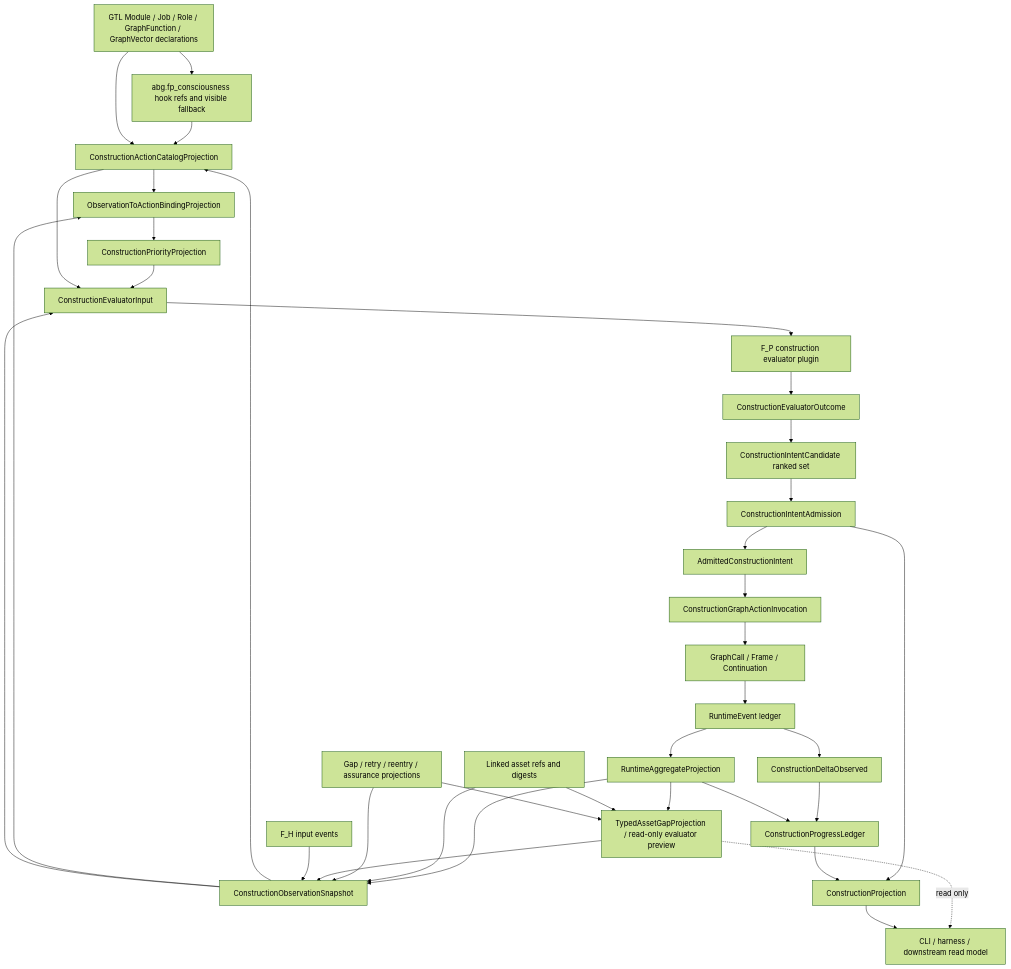
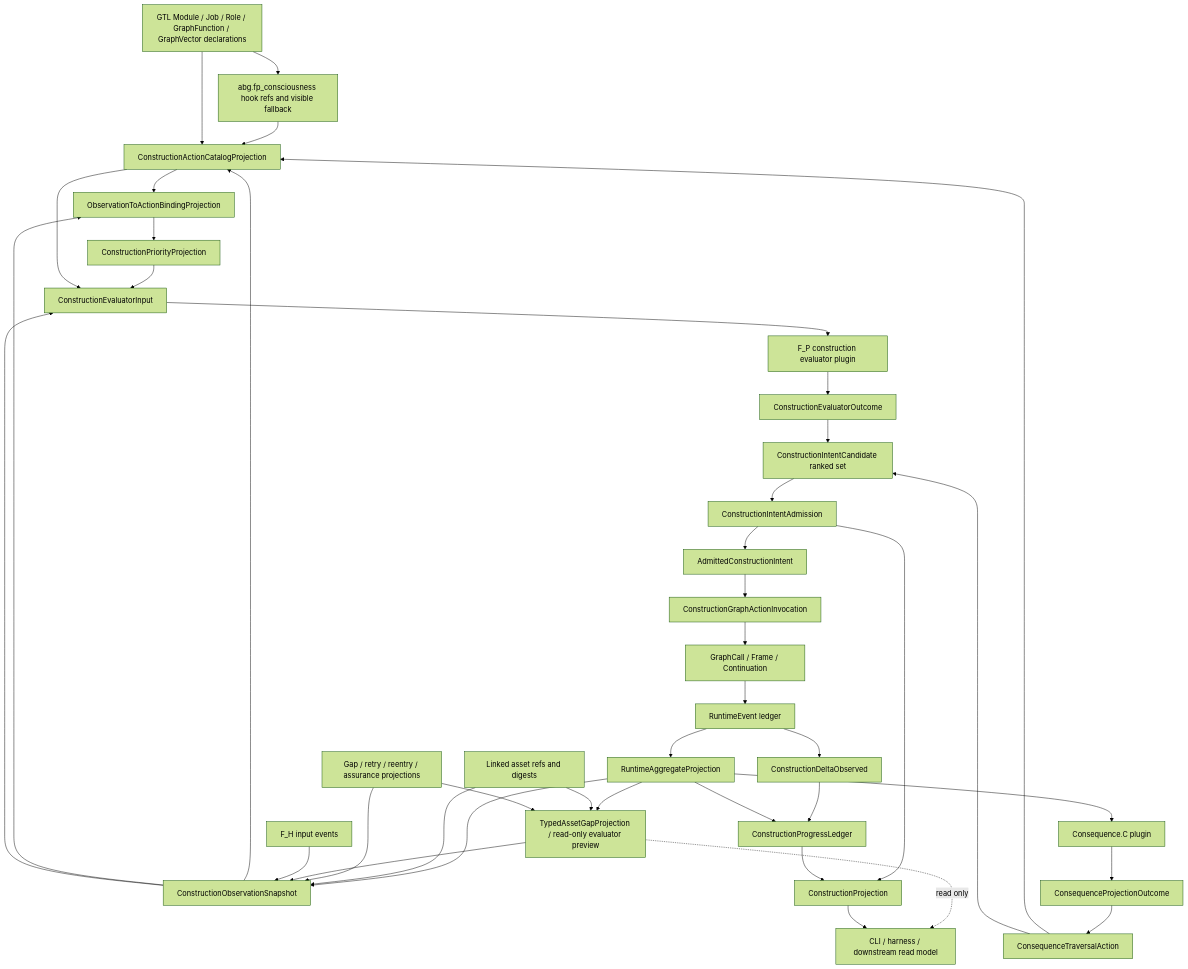
The second of 4 diagrams in build_tenants/abiogenesis/typescript/design/M03_FP_CONSCIOUSNESS_LOOP_STRUCTURAL_CARRIER_DIAGRAM.md (foolishimp/abiogenesis), drawn with Mermaid (forest theme) before and after one commit. The commit also changed other lines of this file and 10 other files, not shown here.

Commit message:
Implement consequence traversal runner consumption

````diff
--- a/build_tenants/abiogenesis/typescript/design/M03_FP_CONSCIOUSNESS_LOOP_STRUCTURAL_CARRIER_DIAGRAM.md
+++ b/build_tenants/abiogenesis/typescript/design/M03_FP_CONSCIOUSNESS_LOOP_STRUCTURAL_CARRIER_DIAGRAM.md
@@ -329,63 +352,71 @@
 ```mermaid
 flowchart TD
   GTL[GTL Module / Job / Role / GraphFunction / GraphVector declarations]
   Hooks[abg.fp_consciousness hook refs and visible fallback]
   Runtime[RuntimeEvent ledger]
   Projection[RuntimeAggregateProjection]
   Assets[Linked asset refs and digests]
   Gaps[Gap / retry / reentry / assurance projections]
   GapView[TypedAssetGapProjection / read-only evaluator preview]
   FH[F_H input events]
 
   Observation[ConstructionObservationSnapshot]
   Catalog[ConstructionActionCatalogProjection]
   Bind[ObservationToActionBindingProjection]
   Priority[ConstructionPriorityProjection]
   EvalInput[ConstructionEvaluatorInput]
   Plugin[F_P construction evaluator plugin]
   Outcome[ConstructionEvaluatorOutcome]
+  ConsequencePlugin[Consequence.C plugin]
+  Consequence[ConsequenceProjectionOutcome]
+  TraversalAction[ConsequenceTraversalAction]
   Candidates[ConstructionIntentCandidate ranked set]
   Admission[ConstructionIntentAdmission]
   Intent[AdmittedConstructionIntent]
   Invoke[ConstructionGraphActionInvocation]
   GraphCall[GraphCall / Frame / Continuation]
   Delta[ConstructionDeltaObserved]
   Ledger[ConstructionProgressLedger]
   Public[ConstructionProjection]
   Adapter[CLI / harness / downstream read model]
 
   GTL --> Hooks
   Hooks --> Catalog
   GTL --> Catalog
   Runtime --> Projection
   Projection --> Observation
   Assets --> Observation
   Gaps --> Observation
   Projection --> GapView
   Assets --> GapView
   Gaps --> GapView
   GapView --> Observation
   FH --> Observation
   Observation --> Catalog
   Observation --> Bind
   Catalog --> Bind
   Bind --> Priority
   Priority --> EvalInput
   Observation --> EvalInput
   Catalog --> EvalInput
   EvalInput --> Plugin
   Plugin --> Outcome
   Outcome --> Candidates
+  Projection --> ConsequencePlugin
+  ConsequencePlugin --> Consequence
+  Consequence --> TraversalAction
+  TraversalAction --> Catalog
+  TraversalAction --> Candidates
   Candidates --> Admission
   Admission --> Intent
   Admission --> Public
   Intent --> Invoke
   Invoke --> GraphCall
   GraphCall --> Runtime
   Runtime --> Delta
   Delta --> Ledger
   Projection --> Ledger
   Ledger --> Public
   GapView -. read only .-> Adapter
   Public --> Adapter
 ```
````
